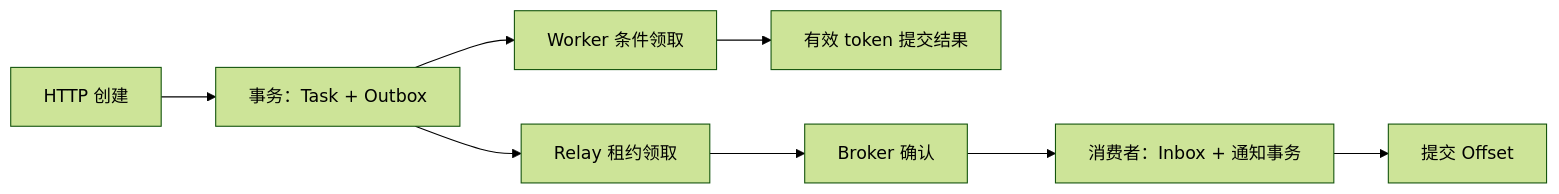
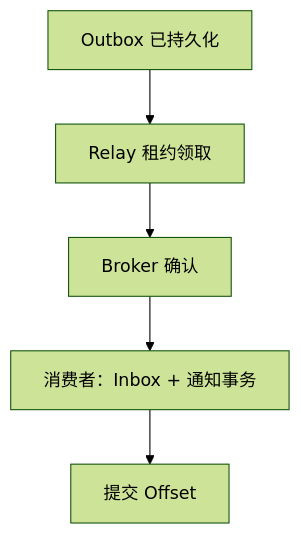
One commit to newswitch/newswitch.github.io changed the second of 2 diagrams in docs/development/gin/03-data-integrations/05-Outbox-Inbox与租约任务恢复.md. Above: the diagram before and after it, drawn with Mermaid (forest theme). The commit also changed other lines of this file and 2 other files, not shown here.

Commit message:
docs(gin): make task and tracing diagrams readable on mobile

````diff
--- a/docs/development/gin/03-data-integrations/05-Outbox-Inbox与租约任务恢复.md
+++ b/docs/development/gin/03-data-integrations/05-Outbox-Inbox与租约任务恢复.md
@@ -15,10 +24,7 @@
 ```mermaid
-flowchart LR
-    A["HTTP 创建"] --> T["事务：Task + Outbox"]
-    T --> W["Worker 条件领取"]
-    W --> F["有效 token 提交结果"]
-    T --> R["Relay 租约领取"]
+flowchart TB
+    S["Outbox 已持久化"] --> R["Relay 租约领取"]
     R --> K["Broker 确认"]
     K --> C["消费者：Inbox + 通知事务"]
     C --> O["提交 Offset"]
 ```
````
